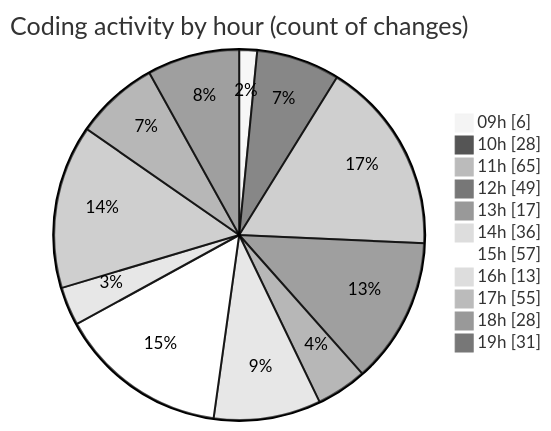
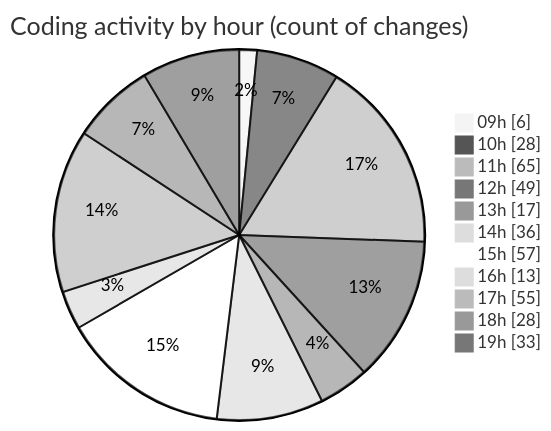
One commit to momahboobian/code-tracking changed the second of 2 diagrams in 2025-03-27/cda/README.md. Above: the diagram before and after it, drawn with Mermaid (neutral theme). The commit also changed other lines of this file and 1 other file, not shown here.

````diff
--- a/2025-03-27/cda/README.md
+++ b/2025-03-27/cda/README.md
@@ -50,15 +50,15 @@
 ```mermaid
 pie showData
 title Coding activity by hour (count of changes)
 "09h" : 6
 "10h" : 28
 "11h" : 65
 "12h" : 49
 "13h" : 17
 "14h" : 36
 "15h" : 57
 "16h" : 13
 "17h" : 55
 "18h" : 28
-"19h" : 31
+"19h" : 33
 ```
````
